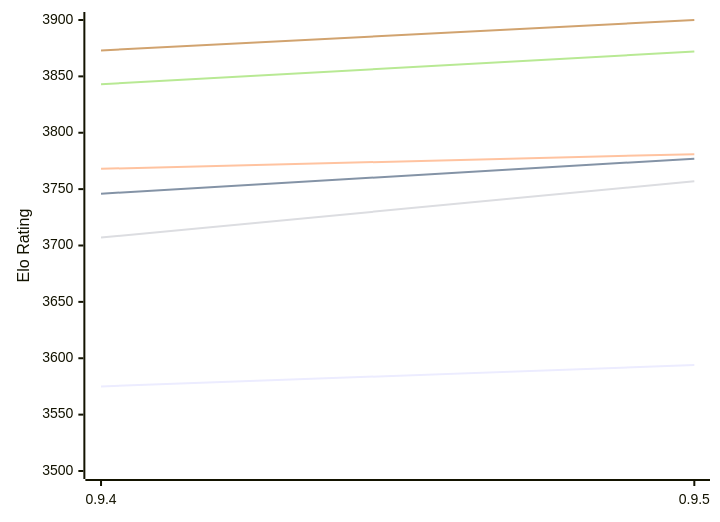
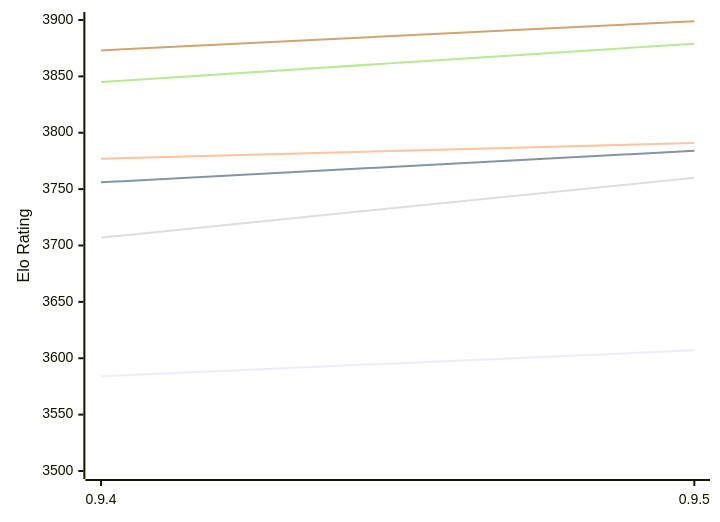
Before and after one commit to computer-chess-index/cci: the first of 2 diagrams in engines/Coda.md, drawn with Mermaid. The commit also changed other lines of this file, not shown here.

Commit message:
Update CCI Ratings (ELO VLTC) - 2026-11-07

````diff
--- a/engines/Coda.md
+++ b/engines/Coda.md
@@ -52,12 +52,12 @@
 ```mermaid
 %%{init: {"theme":"base","themeVariables":{"seriesColors:['#a3a3a3','#222221','#faa371']}}}%%
 xychart-beta
   x-axis ["0.9.4", "0.9.5"]
   y-axis "Elo Rating" 3500 --> 3900
-  line "E1: STC (8.0+0.08s)" [3575, 3594]
-  line "E1: LTC (60.0+0.60s)" [3746, 3777]
-  line "E1: VLTC (2m24s+1.12s)" [3768, 3781]
-  line "P1: STC (8.0+0.08s)" [3707, 3757]
-  line "P1: LTC (60.0+0.60s)" [3843, 3872]
-  line "P1: VLTC (2m24s+1.12s)" [3873, 3900]
+  line "E1: STC (8.0+0.08s)" [3584, 3607]
+  line "E1: LTC (60.0+0.60s)" [3756, 3784]
+  line "E1: VLTC (2m24s+1.12s)" [3777, 3791]
+  line "P1: STC (8.0+0.08s)" [3707, 3760]
+  line "P1: LTC (60.0+0.60s)" [3845, 3879]
+  line "P1: VLTC (2m24s+1.12s)" [3873, 3899]
 ```
````
